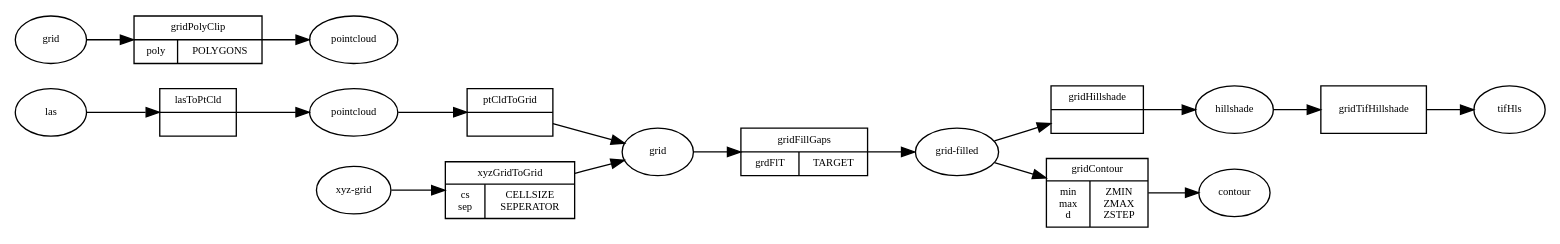
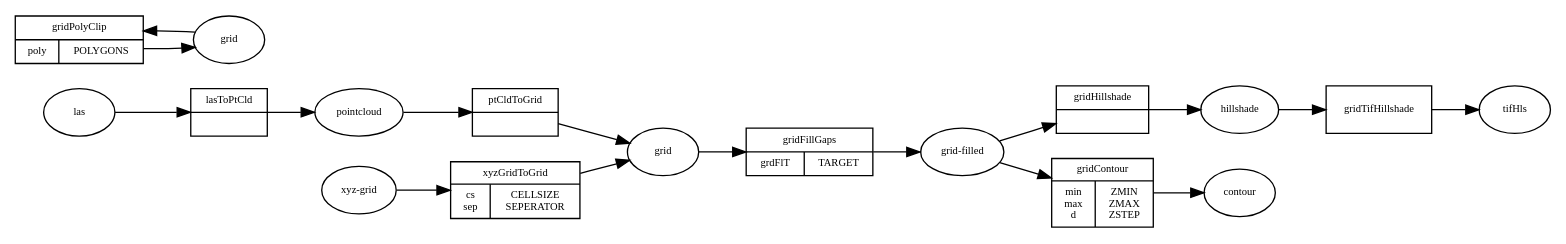
Before and after one commit to michelk/saga-cmd.hs: the diagram in README.org, drawn with Graphviz. The commit also changed 1 other file, not shown here.

Commit message:
adjusted dot-figure

```diff
--- a/README.org
+++ b/README.org
@@ -79,33 +79,32 @@
    #+BEGIN_SRC dot :exports results :results graphics :file doc/figures/chains.png :eval no-export
      digraph chains {
          graph [rankdir = LR];
          node [shape = ellipse, fontsize = 8];
 
          las [label = "las"];
          grd [label = "grid"];
          grdF [label = "grid-filled"];
          xyz [label = "xyz-grid"];
          cntr [label = "contour"];
          hls [label = "hillshade"];
          pt [label = "pointcloud"];
-         polyCp [label = "pointcloud"];
          tifHls [labal = "tif-hillshade"];
 
          xyzGrid [shape = record, label = "xyzGridToGrid|{cs\nsep|CELLSIZE\nSEPERATOR}"];
          lasPt [shape = record, label = "lasToPtCld |"];
          ptGrd [shape = record, label = "ptCldToGrid|"];
          grdFl [shape = record, label = "gridFillGaps| {grdFlT |TARGET}"];
          grdHl [shape = record, label = "gridHillshade|"];
          grdCtl [shape = record, label = "gridContour| {min\nmax\nd |ZMIN\nZMAX\nZSTEP}"];
          grdPolyCp [shape = record, label = "gridPolyClip| {poly|POLYGONS}"];
          hlsTif [shape = record, label = "gridTifHillshade"];
 
          las -> lasPt -> pt -> ptGrd -> grd;
          xyz -> xyzGrid -> grd ;
-         grid -> grdPolyCp -> polyCp;
+         grid -> grdPolyCp -> grid;
          grd -> grdFl -> grdF;
          grdF -> grdHl -> hls;
          grdF -> grdCtl -> cntr;
          hls -> hlsTif -> tifHls;
      }
    #+END_SRC
```
